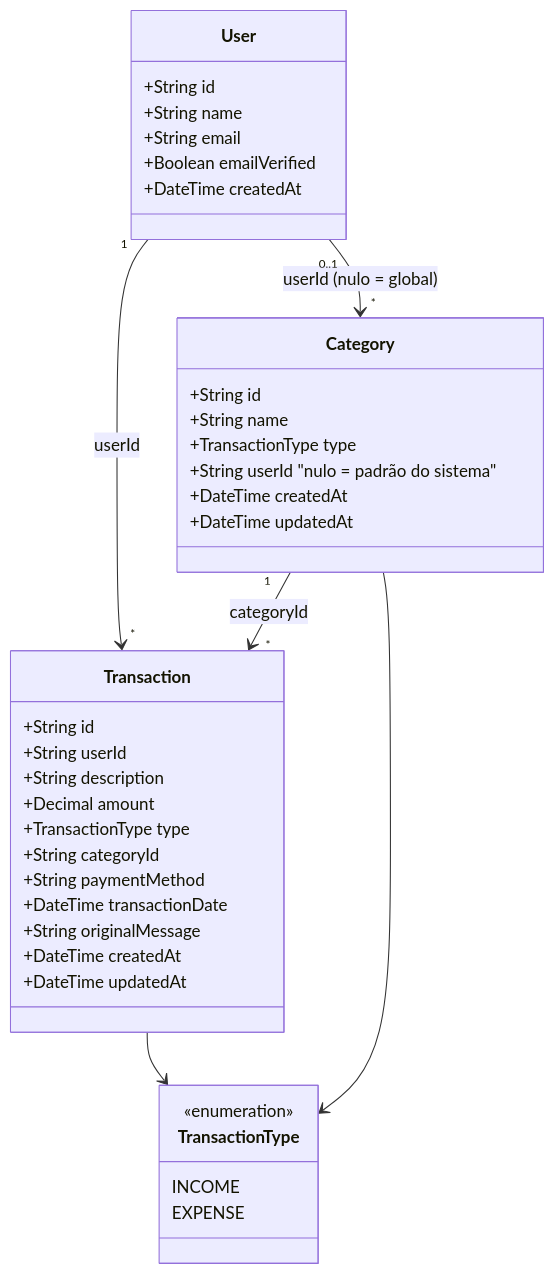
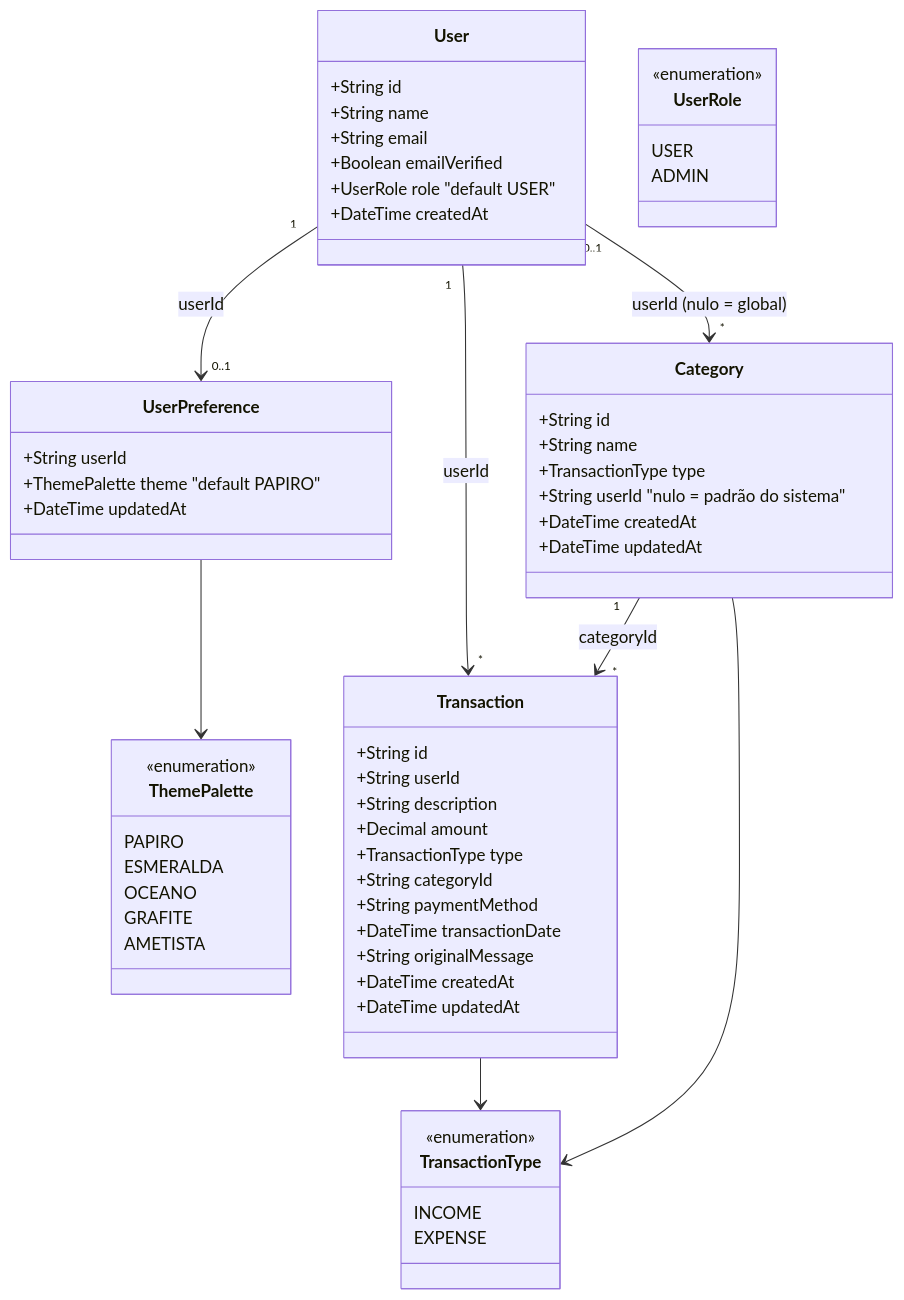
One commit to Xavier-sa/aprendizado changed the first of 3 diagrams in bot_wasxtech_finance/docs/uml.md. Above: the diagram before and after it, drawn with Mermaid. The commit also changed other lines of this file and 6 other files, not shown here.

Commit message:
docs(financebot): document admin authorization and appearance architecture

````diff
--- a/bot_wasxtech_finance/docs/uml.md
+++ b/bot_wasxtech_finance/docs/uml.md
@@ -8,45 +8,69 @@
 ```mermaid
 classDiagram
     class TransactionType {
         <<enumeration>>
         INCOME
         EXPENSE
     }
 
     class User {
         +String id
         +String name
         +String email
         +Boolean emailVerified
+        +UserRole role "default USER"
         +DateTime createdAt
+    }
+
+    class UserRole {
+        <<enumeration>>
+        USER
+        ADMIN
+    }
+
+    class ThemePalette {
+        <<enumeration>>
+        PAPIRO
+        ESMERALDA
+        OCEANO
+        GRAFITE
+        AMETISTA
+    }
+
+    class UserPreference {
+        +String userId
+        +ThemePalette theme "default PAPIRO"
+        +DateTime updatedAt
     }
 
     class Category {
         +String id
         +String name
         +TransactionType type
         +String userId "nulo = padrão do sistema"
         +DateTime createdAt
         +DateTime updatedAt
     }
 
     class Transaction {
         +String id
         +String userId
         +String description
         +Decimal amount
         +TransactionType type
         +String categoryId
         +String paymentMethod
         +DateTime transactionDate
         +String originalMessage
         +DateTime createdAt
         +DateTime updatedAt
     }
 
     User "1" --> "*" Transaction : userId
+    User "1" --> "0..1" UserPreference : userId
+    UserPreference --> ThemePalette
     User "0..1" --> "*" Category : userId (nulo = global)
     Category "1" --> "*" Transaction : categoryId
     Transaction --> TransactionType
     Category --> TransactionType
 ```
````
